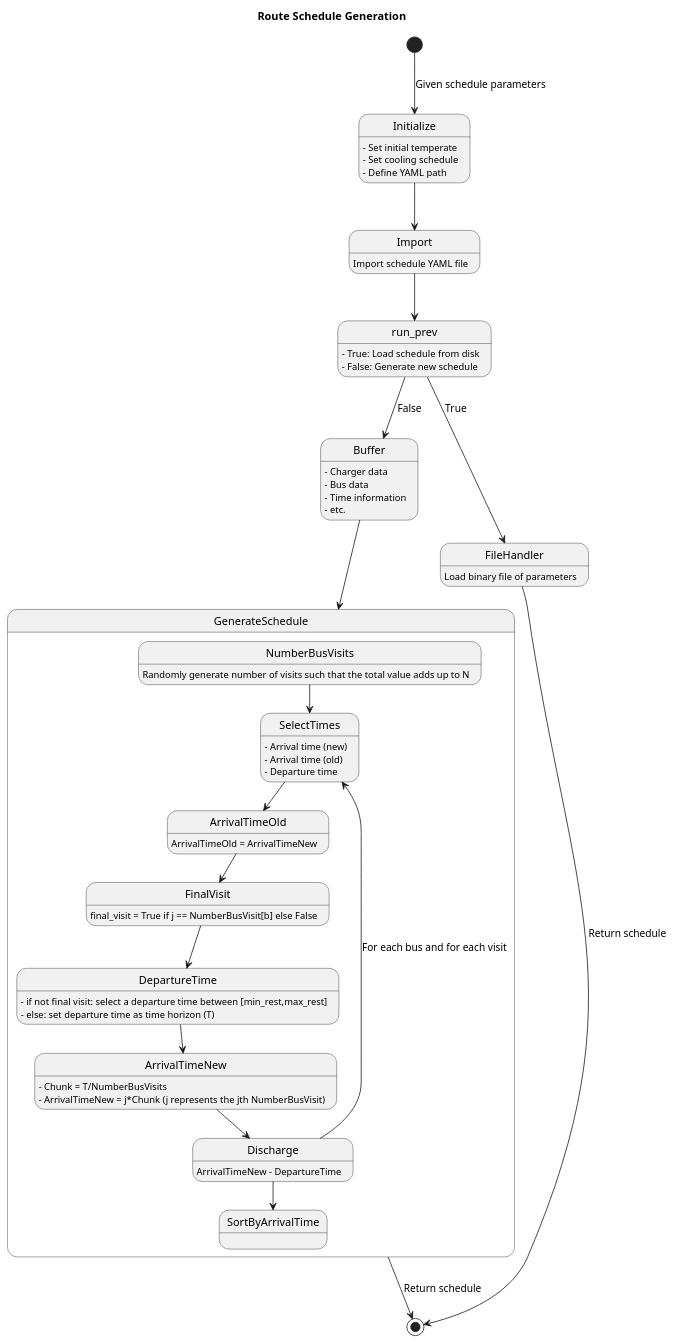
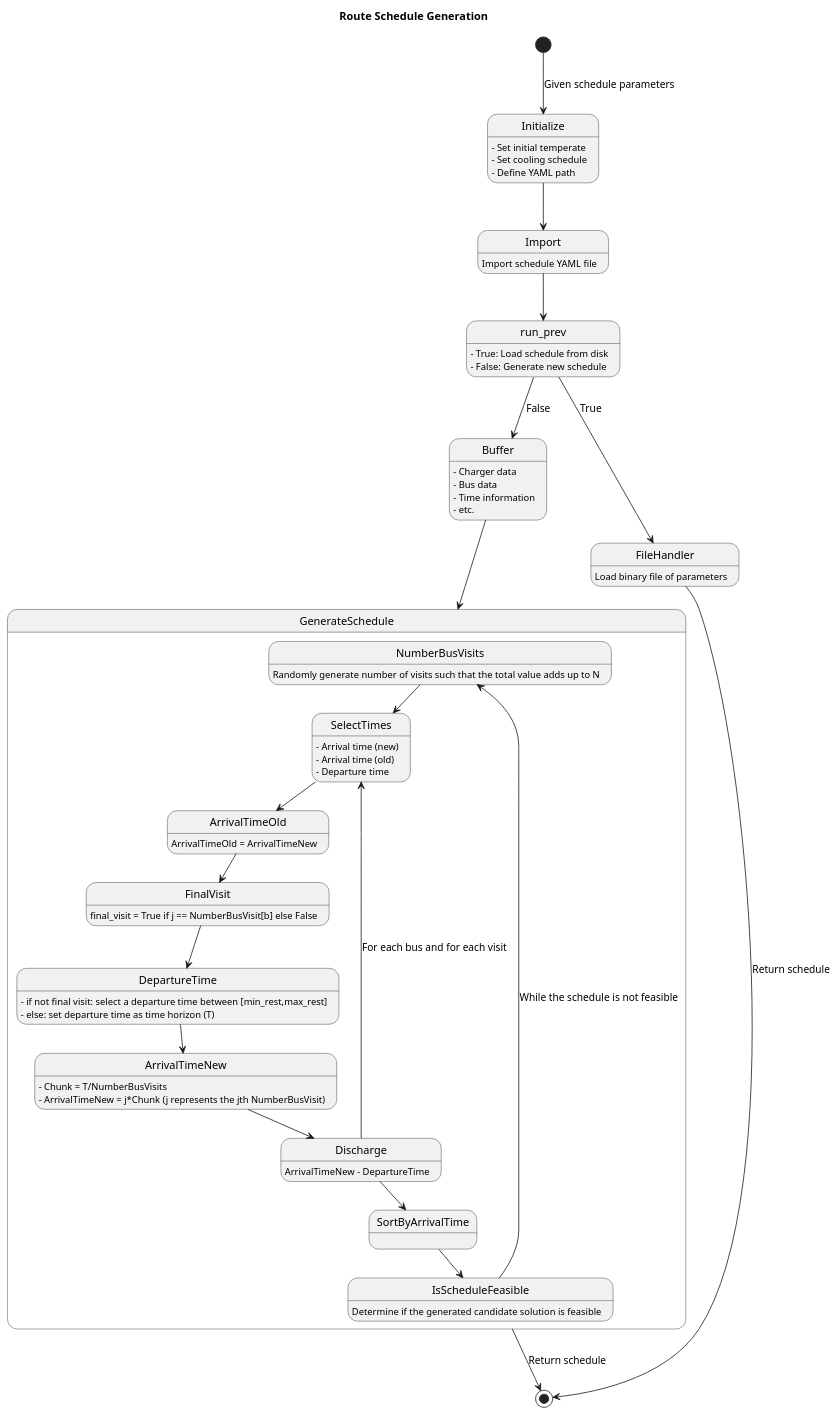
One commit to alexb7711/sa-pap changed the diagram in docs/uml/route_generation.puml. Above: the diagram before and after it, drawn with PlantUML. The commit also changed 3 other files, not shown here.

```diff
--- a/docs/uml/route_generation.puml
+++ b/docs/uml/route_generation.puml
@@ -1,84 +1,92 @@
 @startuml
 
 title Route Schedule Generation
 
 ' Initialize
 [*] --> Initialize : Given schedule parameters
 Initialize : - Set initial temperate
 Initialize : - Set cooling schedule
 Initialize : - Define YAML path
 
 ' Import
 Initialize --> Import
 Import : Import schedule YAML file
 
 ' Load or generate schedule
 Import --> run_prev
 run_prev : - True: Load schedule from disk
 run_prev : - False: Generate new schedule
 
 '================================================================================
 ' True
 
 ' Buffer
 run_prev --> Buffer : False
 Buffer : - Charger data
 Buffer : - Bus data
 Buffer : - Time information
 Buffer : - etc.
 
 ' Generate schedule
 Buffer --> GenerateSchedule
 state GenerateSchedule {
 	' Number of visits
 	NumberBusVisits : Randomly generate number of visits such that the total value adds up to N
 
 	' Select times
 	NumberBusVisits --> SelectTimes
 	SelectTimes : - Arrival time (new)
 	SelectTimes : - Arrival time (old)
 	SelectTimes : - Departure time
 
 	' Arrival time old
 	SelectTimes --> ArrivalTimeOld
 	ArrivalTimeOld : ArrivalTimeOld = ArrivalTimeNew
 
 	' Final visit
 	ArrivalTimeOld --> FinalVisit
 	FinalVisit: final_visit = True if j == NumberBusVisit[b] else False
 	
 	' Departure time
 	FinalVisit --> DepartureTime
 	DepartureTime : - if not final visit: select a departure time between [min_rest,max_rest]
 	DepartureTime : - else: set departure time as time horizon (T)
-	
+
 	' Arrival time new
 	DepartureTime --> ArrivalTimeNew
 	ArrivalTimeNew : - Chunk = T/NumberBusVisits
 	ArrivalTimeNew : - ArrivalTimeNew = j*Chunk (j represents the jth NumberBusVisit)
 
 	' Discharge
 	ArrivalTimeNew --> Discharge
 	Discharge : ArrivalTimeNew - DepartureTime
 	
 	' Loop back around
 	Discharge --> SelectTimes : For each bus and for each visit
 
 	' Sort
 	Discharge --> SortByArrivalTime
+	
+	' Check feasibility
+	SortByArrivalTime --> IsScheduleFeasible
+	IsScheduleFeasible : Determine if the generated candidate solution is feasible
+
+	' While loop
+	IsScheduleFeasible --> NumberBusVisits : While the schedule is not feasible
+	
 }
 
 ' End
 GenerateSchedule --> [*] : Return schedule
 
 '================================================================================
 ' False
 
 ' Get file handlesr
 run_prev --> FileHandler : True
 FileHandler : Load binary file of parameters
 
 ' End
 FileHandler --> [*] : Return schedule
 
 @enduml
```
